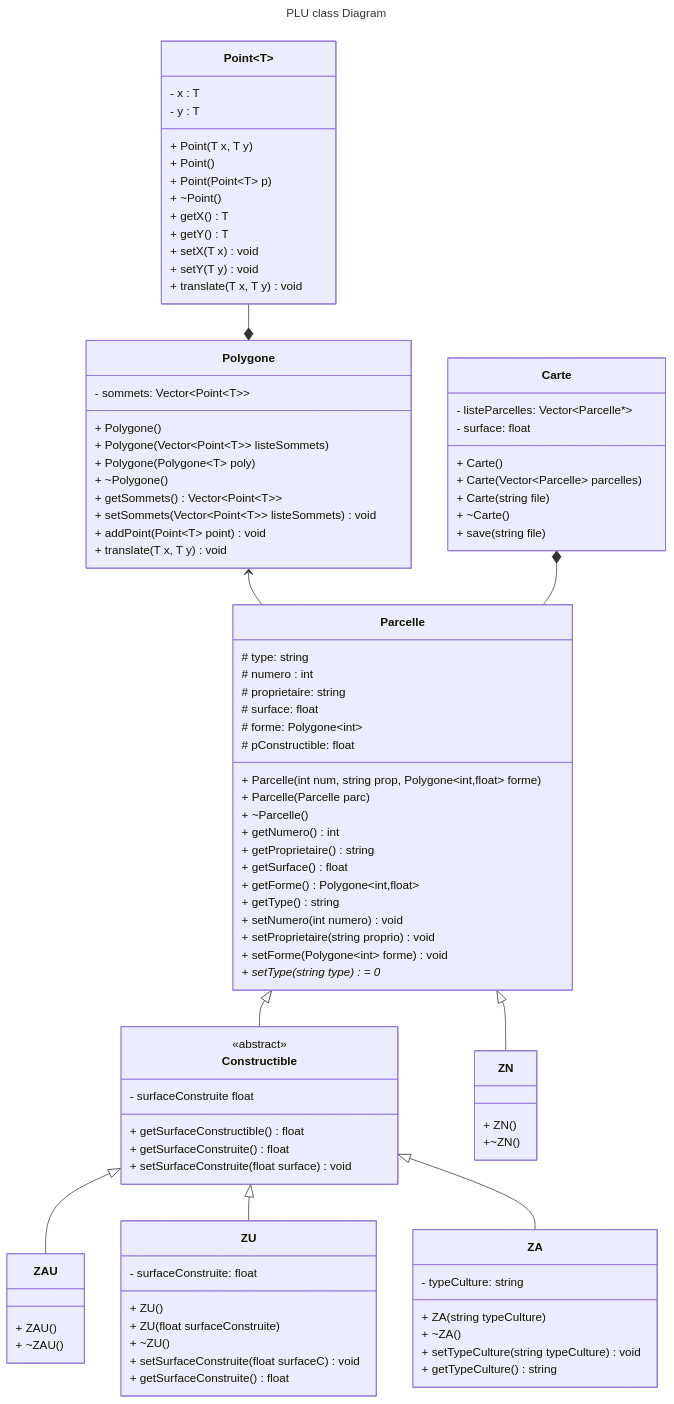
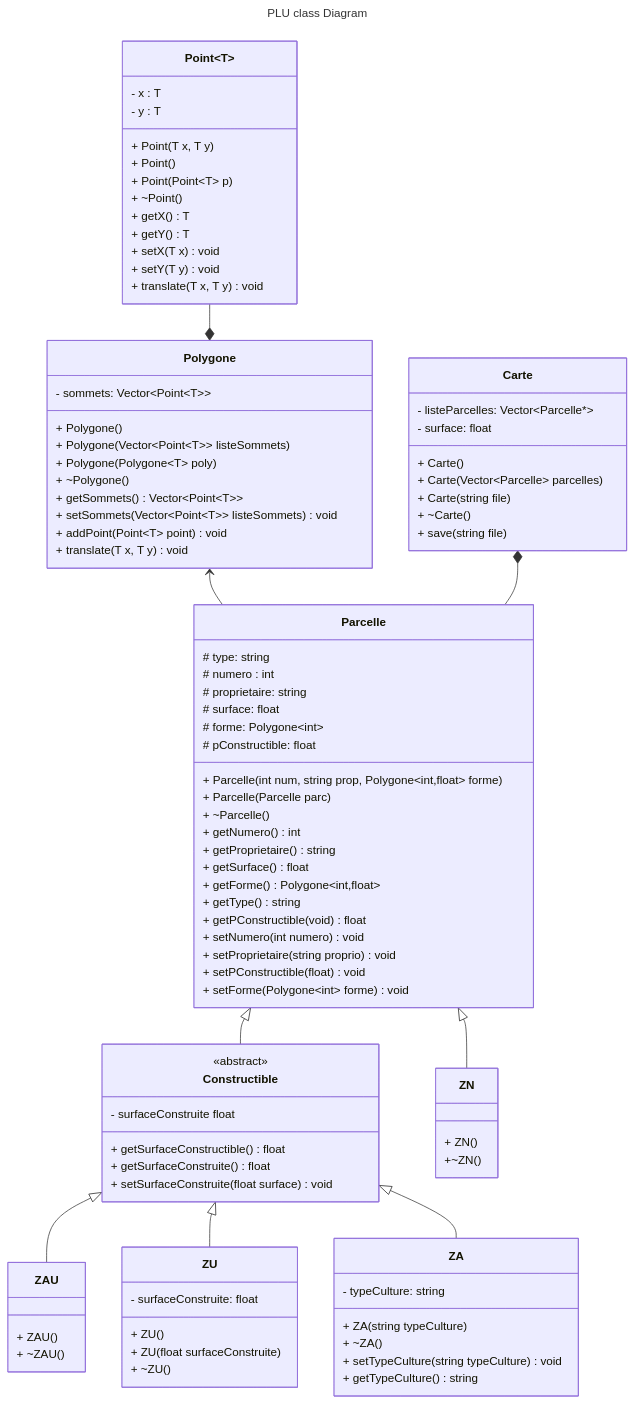
Before and after one commit to ECN-SEC-SMP/tp4-not-euge_anna_jack_nath: the diagram in README.md, drawn with Mermaid.

Commit message:
Doc update Parcelle and ZU

```diff
--- a/README.md
+++ b/README.md
@@ -111,10 +111,11 @@
         + getSurface() float
         + getForme() Polygone~int,float~
         + getType() string
+        + getPConstructible(void) float
         + setNumero(int numero) void
         + setProprietaire(string proprio) void
+        + setPConstructible(float) void
         + setForme(Polygone~int~ forme) void
-        + setType(string type) = 0*
     }
     class Carte {
         - listeParcelles: Vector~Parcelle*~
@@ -148,8 +149,6 @@
         + ZU()
         + ZU(float surfaceConstruite)
         + ~ZU()
-        + setSurfaceConstruite(float surfaceC) void
-        + getSurfaceConstruite() float
     }
     class ZAU {
         + ZAU()
```
